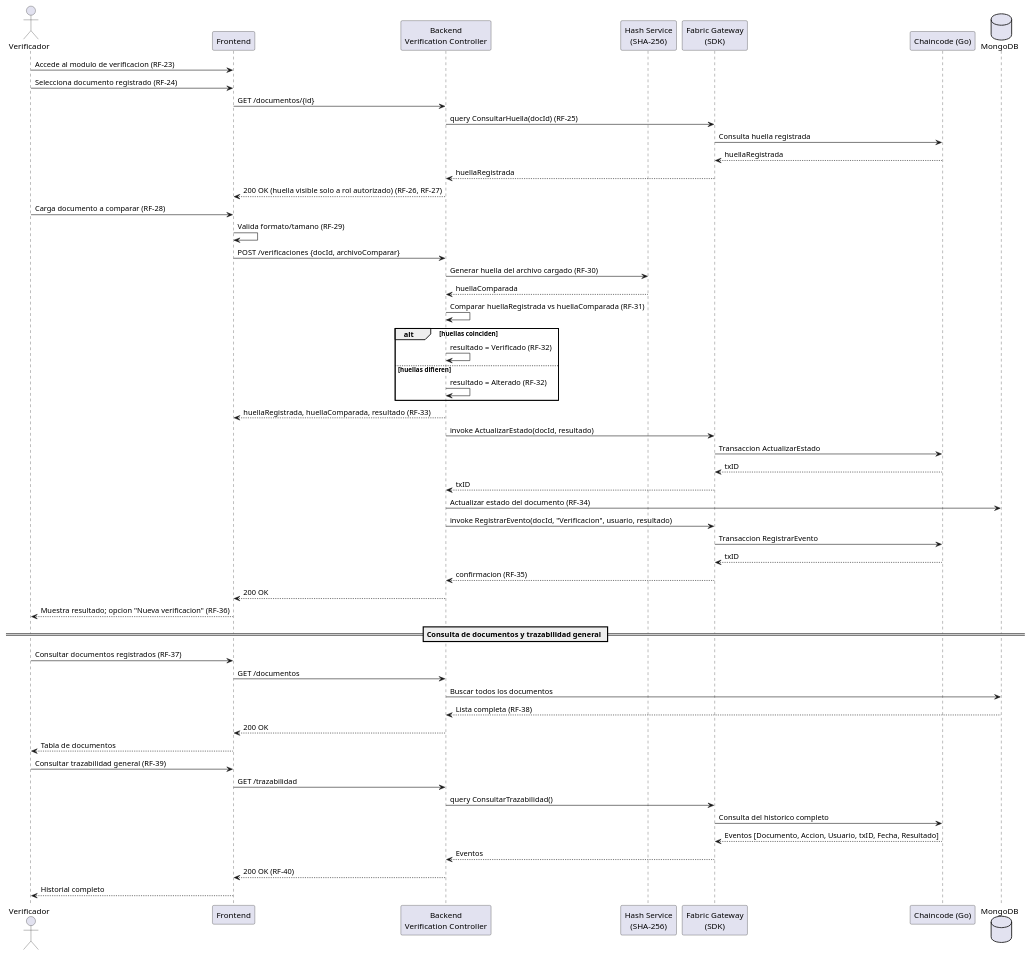
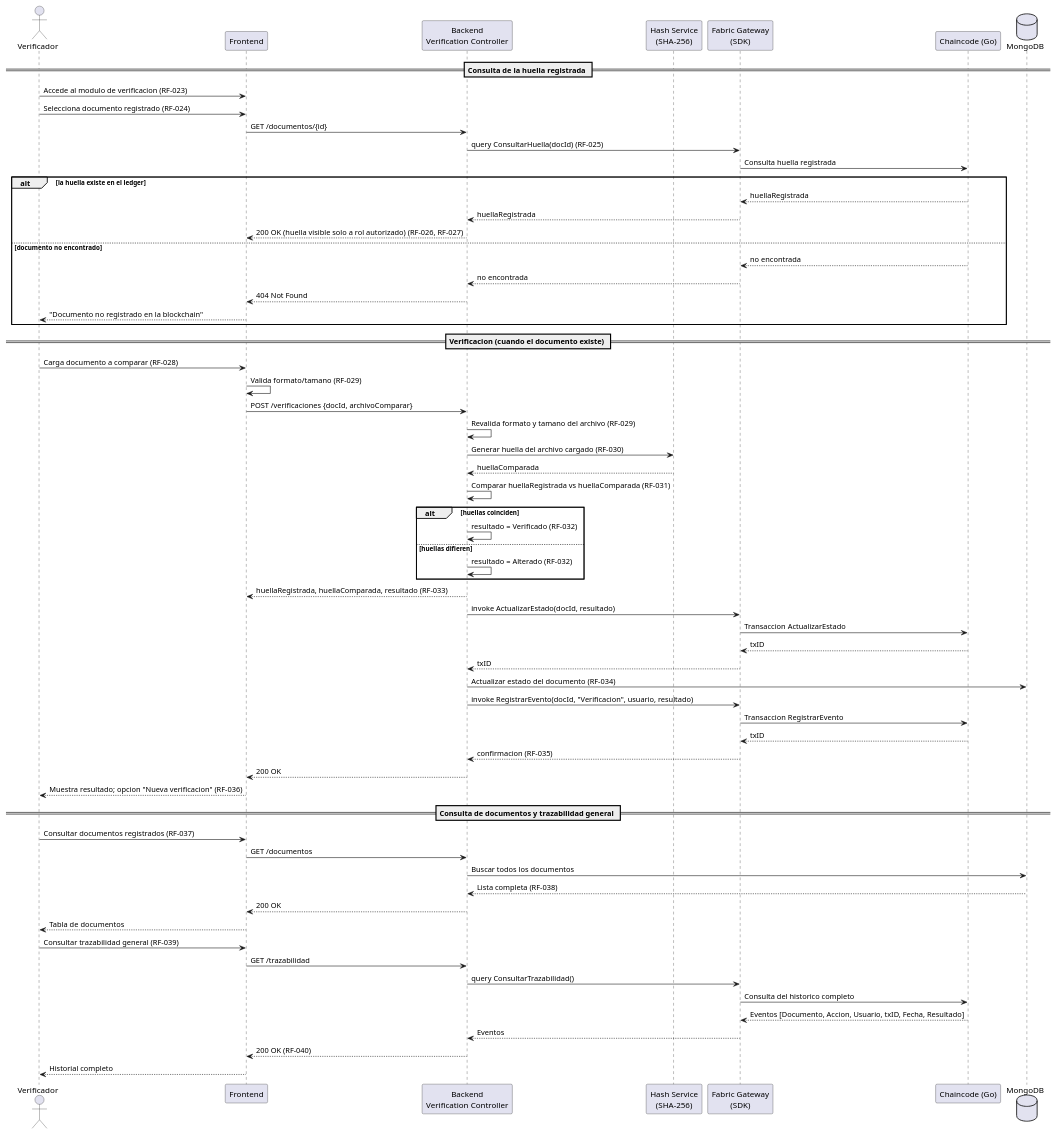
One commit to swummen/Blockchain_Contratos changed the diagram in docs/uml/06-secuencia-rol-verificador.puml. Above: the diagram before and after it, drawn with PlantUML.

Commit message:
Update sequence diagram with revised RF references

```diff
--- a/docs/uml/06-secuencia-rol-verificador.puml
+++ b/docs/uml/06-secuencia-rol-verificador.puml
@@ -1,61 +1,72 @@
 @startuml 06-secuencia-rol-verificador
 actor Verificador
 participant "Frontend" as FE
 participant "Backend\nVerification Controller" as BE
 participant "Hash Service\n(SHA-256)" as Hash
 participant "Fabric Gateway\n(SDK)" as SDK
 participant "Chaincode (Go)" as CC
 database "MongoDB" as DB
 
-Verificador -> FE : Accede al modulo de verificacion (RF-23)
-Verificador -> FE : Selecciona documento registrado (RF-24)
+== Consulta de la huella registrada ==
+Verificador -> FE : Accede al modulo de verificacion (RF-023)
+Verificador -> FE : Selecciona documento registrado (RF-024)
 FE -> BE : GET /documentos/{id}
-BE -> SDK : query ConsultarHuella(docId) (RF-25)
+BE -> SDK : query ConsultarHuella(docId) (RF-025)
 SDK -> CC : Consulta huella registrada
-CC --> SDK : huellaRegistrada
-SDK --> BE : huellaRegistrada
-BE --> FE : 200 OK (huella visible solo a rol autorizado) (RF-26, RF-27)
 
-Verificador -> FE : Carga documento a comparar (RF-28)
-FE -> FE : Valida formato/tamano (RF-29)
+alt la huella existe en el ledger
+    CC --> SDK : huellaRegistrada
+    SDK --> BE : huellaRegistrada
+    BE --> FE : 200 OK (huella visible solo a rol autorizado) (RF-026, RF-027)
+else documento no encontrado
+    CC --> SDK : no encontrada
+    SDK --> BE : no encontrada
+    BE --> FE : 404 Not Found
+    FE --> Verificador : "Documento no registrado en la blockchain"
+end
+
+== Verificacion (cuando el documento existe) ==
+Verificador -> FE : Carga documento a comparar (RF-028)
+FE -> FE : Valida formato/tamano (RF-029)
 FE -> BE : POST /verificaciones {docId, archivoComparar}
-BE -> Hash : Generar huella del archivo cargado (RF-30)
+BE -> BE : Revalida formato y tamano del archivo (RF-029)
+BE -> Hash : Generar huella del archivo cargado (RF-030)
 Hash --> BE : huellaComparada
-BE -> BE : Comparar huellaRegistrada vs huellaComparada (RF-31)
+BE -> BE : Comparar huellaRegistrada vs huellaComparada (RF-031)
 
 alt huellas coinciden
-    BE -> BE : resultado = Verificado (RF-32)
+    BE -> BE : resultado = Verificado (RF-032)
 else huellas difieren
-    BE -> BE : resultado = Alterado (RF-32)
+    BE -> BE : resultado = Alterado (RF-032)
 end
 
-BE --> FE : huellaRegistrada, huellaComparada, resultado (RF-33)
+BE --> FE : huellaRegistrada, huellaComparada, resultado (RF-033)
 BE -> SDK : invoke ActualizarEstado(docId, resultado)
 SDK -> CC : Transaccion ActualizarEstado
 CC --> SDK : txID
 SDK --> BE : txID
-BE -> DB : Actualizar estado del documento (RF-34)
+BE -> DB : Actualizar estado del documento (RF-034)
 BE -> SDK : invoke RegistrarEvento(docId, "Verificacion", usuario, resultado)
 SDK -> CC : Transaccion RegistrarEvento
 CC --> SDK : txID
-SDK --> BE : confirmacion (RF-35)
+SDK --> BE : confirmacion (RF-035)
 BE --> FE : 200 OK
-FE --> Verificador : Muestra resultado; opcion "Nueva verificacion" (RF-36)
+FE --> Verificador : Muestra resultado; opcion "Nueva verificacion" (RF-036)
 
 == Consulta de documentos y trazabilidad general ==
-Verificador -> FE : Consultar documentos registrados (RF-37)
+Verificador -> FE : Consultar documentos registrados (RF-037)
 FE -> BE : GET /documentos
 BE -> DB : Buscar todos los documentos
-DB --> BE : Lista completa (RF-38)
+DB --> BE : Lista completa (RF-038)
 BE --> FE : 200 OK
 FE --> Verificador : Tabla de documentos
 
-Verificador -> FE : Consultar trazabilidad general (RF-39)
+Verificador -> FE : Consultar trazabilidad general (RF-039)
 FE -> BE : GET /trazabilidad
 BE -> SDK : query ConsultarTrazabilidad()
 SDK -> CC : Consulta del historico completo
 CC --> SDK : Eventos [Documento, Accion, Usuario, txID, Fecha, Resultado]
 SDK --> BE : Eventos
-BE --> FE : 200 OK (RF-40)
+BE --> FE : 200 OK (RF-040)
 FE --> Verificador : Historial completo
 @enduml
```
